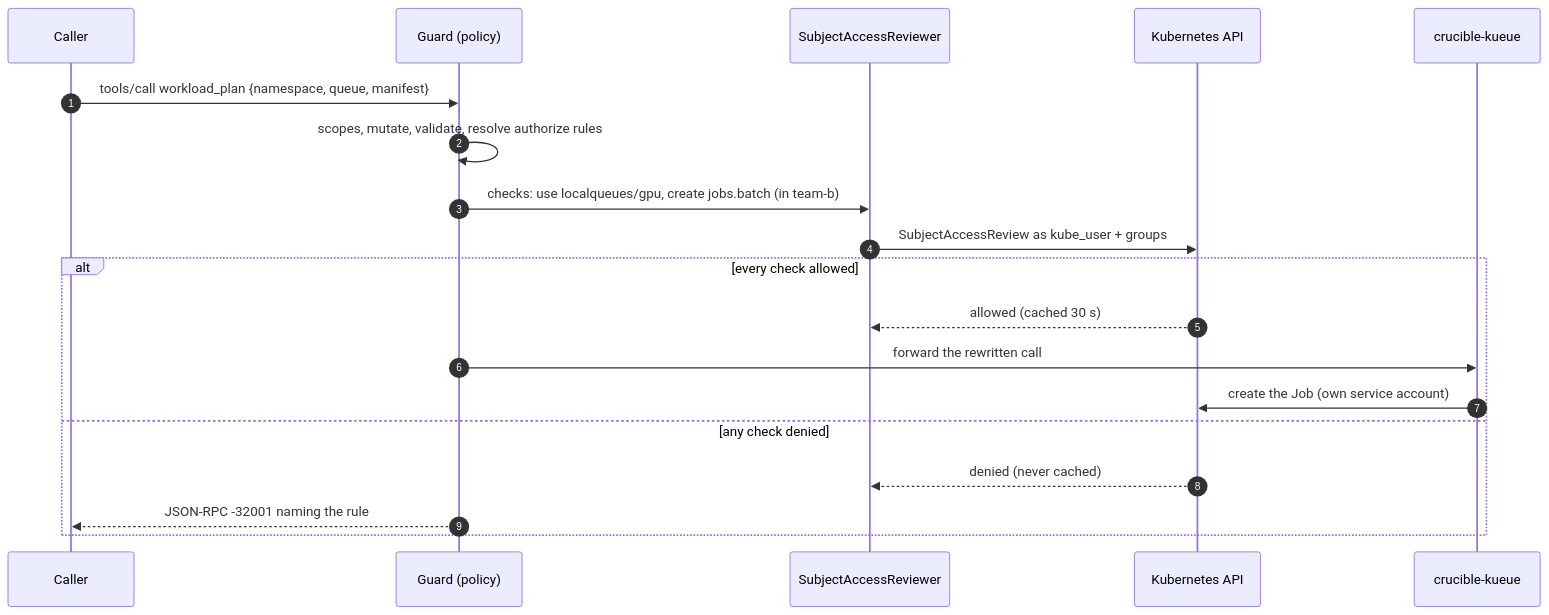
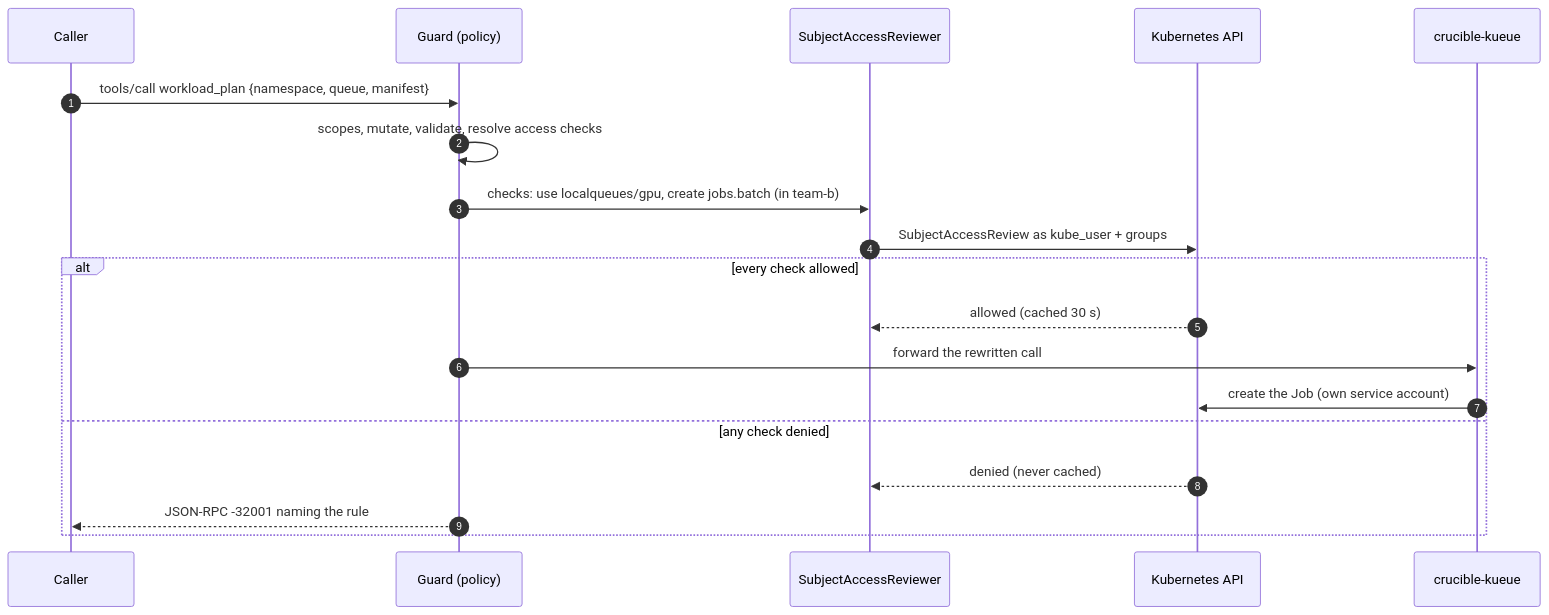
Before and after one commit to neuralmagic/crucible: the fifth of 5 diagrams in crucible-mcp-auth/README.md, drawn with Mermaid. The commit also changed other lines of this file and 15 other files, not shown here.

First line of the commit message:
Declare tool scopes and access checks in server code

````diff
--- a/crucible-mcp-auth/README.md
+++ b/crucible-mcp-auth/README.md
@@ -384,21 +378,21 @@
 ```mermaid
 sequenceDiagram
     autonumber
     participant C as Caller
     participant G as Guard (policy)
     participant R as SubjectAccessReviewer
     participant A as Kubernetes API
     participant K as crucible-kueue
     C->>G: tools/call workload_plan {namespace, queue, manifest}
-    G->>G: scopes, mutate, validate, resolve authorize rules
+    G->>G: scopes, mutate, validate, resolve access checks
     G->>R: checks: use localqueues/gpu, create jobs.batch (in team-b)
     R->>A: SubjectAccessReview as kube_user + groups
     alt every check allowed
         A-->>R: allowed (cached 30 s)
         G->>K: forward the rewritten call
         K->>A: create the Job (own service account)
     else any check denied
         A-->>R: denied (never cached)
         G-->>C: JSON-RPC -32001 naming the rule
     end
 ```
````
